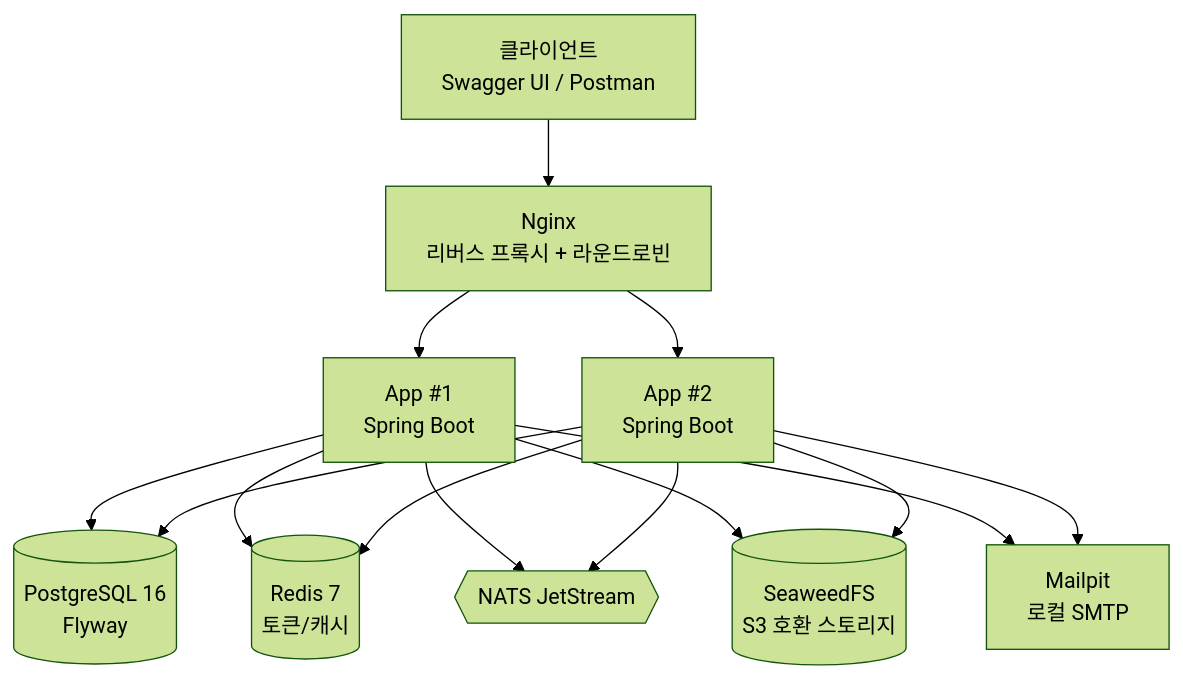
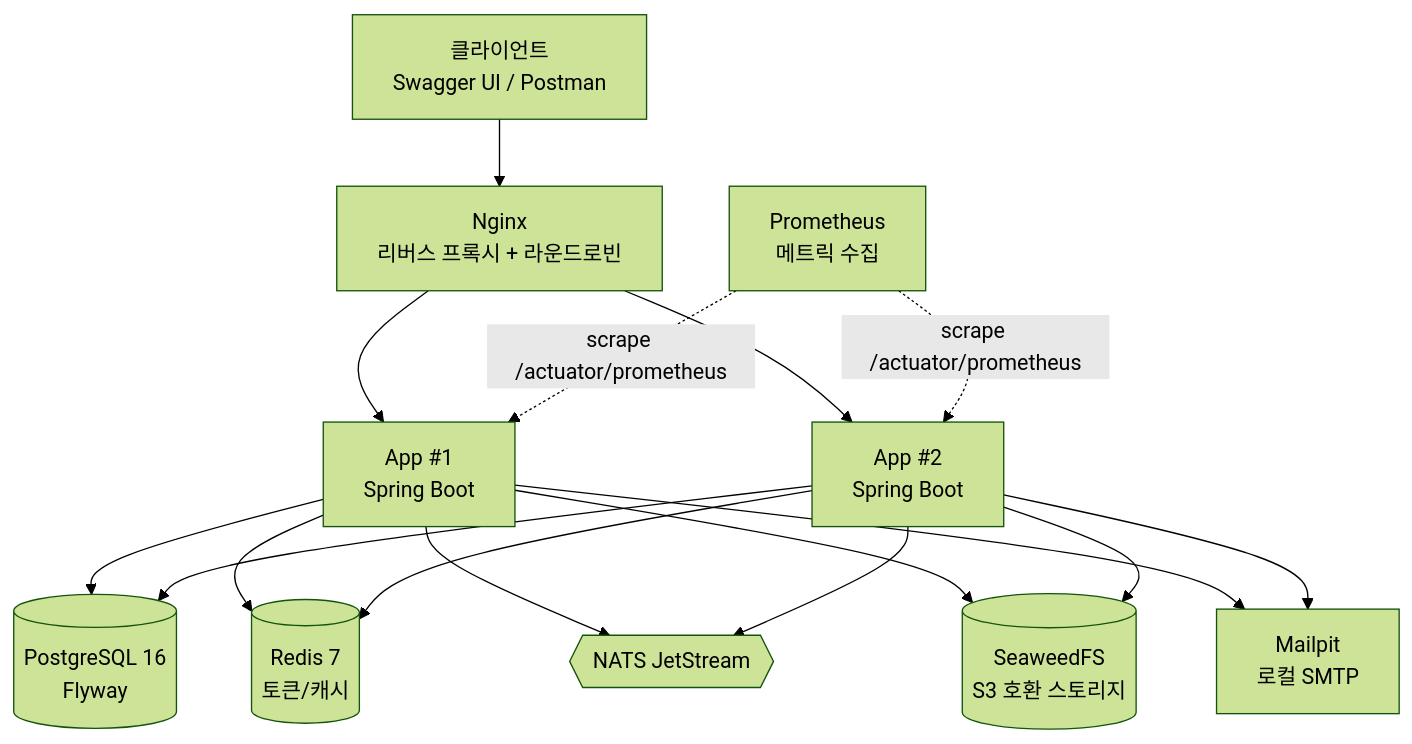
One commit to chzh2839/renew-DEV24 changed the diagram in README.md. Above: the diagram before and after it, drawn with Mermaid (forest theme). The commit also changed other lines of this file and 14 other files, not shown here.

````diff
--- a/README.md
+++ b/README.md
@@ -15,26 +15,29 @@
 ```mermaid
 graph TB
     Client["클라이언트<br/>Swagger UI / Postman"]
     Nginx["Nginx<br/>리버스 프록시 + 라운드로빈"]
     App1["App #1<br/>Spring Boot"]
     App2["App #2<br/>Spring Boot"]
     Postgres[("PostgreSQL 16<br/>Flyway")]
     Redis[("Redis 7<br/>토큰/캐시")]
     NATS{{"NATS JetStream"}}
     SeaweedFS[("SeaweedFS<br/>S3 호환 스토리지")]
     Mailpit["Mailpit<br/>로컬 SMTP"]
+    Prometheus["Prometheus<br/>메트릭 수집"]
 
     Client --> Nginx
     Nginx --> App1
     Nginx --> App2
     App1 --> Postgres
     App1 --> Redis
     App1 --> NATS
     App1 --> SeaweedFS
     App1 --> Mailpit
     App2 --> Postgres
     App2 --> Redis
     App2 --> NATS
     App2 --> SeaweedFS
     App2 --> Mailpit
+    Prometheus -.->|scrape /actuator/prometheus| App1
+    Prometheus -.->|scrape /actuator/prometheus| App2
 ```
````
